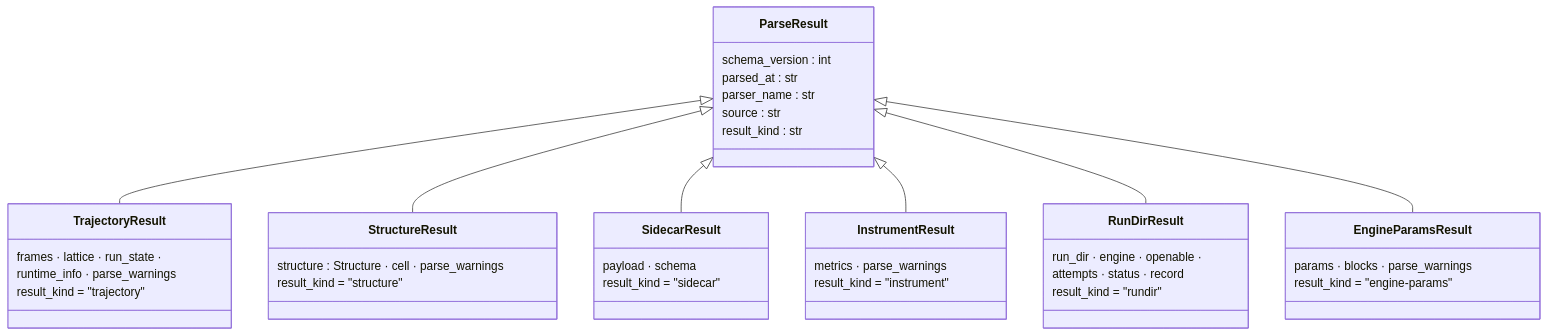
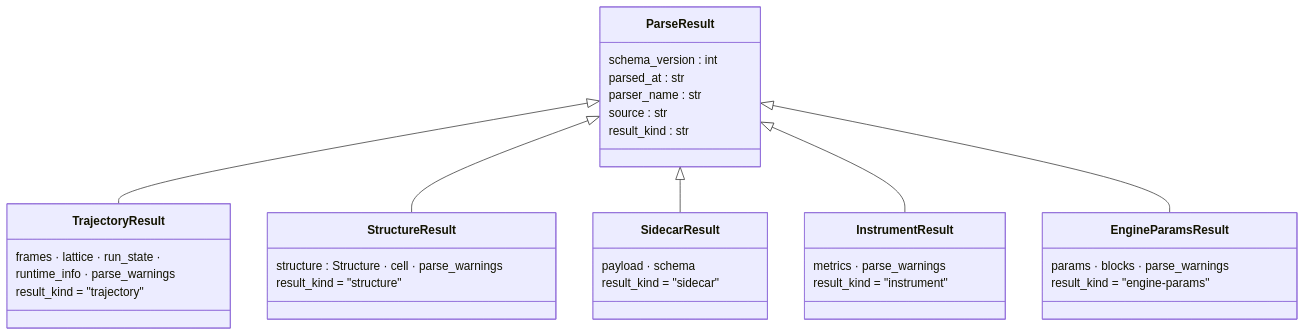
Before and after one commit to Qing-LAB/molbuilder: the first of 5 diagrams in docs/model/parse.md, drawn with Mermaid. The commit also changed other lines of this file and 44 other files, not shown here.

````diff
--- a/docs/model/parse.md
+++ b/docs/model/parse.md
@@ -110,42 +117,36 @@
 ```mermaid
 classDiagram
     class ParseResult {
         schema_version : int
         parsed_at : str
         parser_name : str
         source : str
         result_kind : str
     }
     class TrajectoryResult {
         frames · lattice · run_state ·
         runtime_info · parse_warnings
         result_kind = "trajectory"
     }
     class StructureResult {
         structure : Structure · cell · parse_warnings
         result_kind = "structure"
     }
     class SidecarResult {
         payload · schema
         result_kind = "sidecar"
     }
     class InstrumentResult {
         metrics · parse_warnings
         result_kind = "instrument"
     }
-    class RunDirResult {
-        run_dir · engine · openable ·
-        attempts · status · record
-        result_kind = "rundir"
-    }
     class EngineParamsResult {
         params · blocks · parse_warnings
         result_kind = "engine-params"
     }
     ParseResult <|-- TrajectoryResult
     ParseResult <|-- StructureResult
     ParseResult <|-- SidecarResult
     ParseResult <|-- InstrumentResult
-    ParseResult <|-- RunDirResult
     ParseResult <|-- EngineParamsResult
 ```
````
